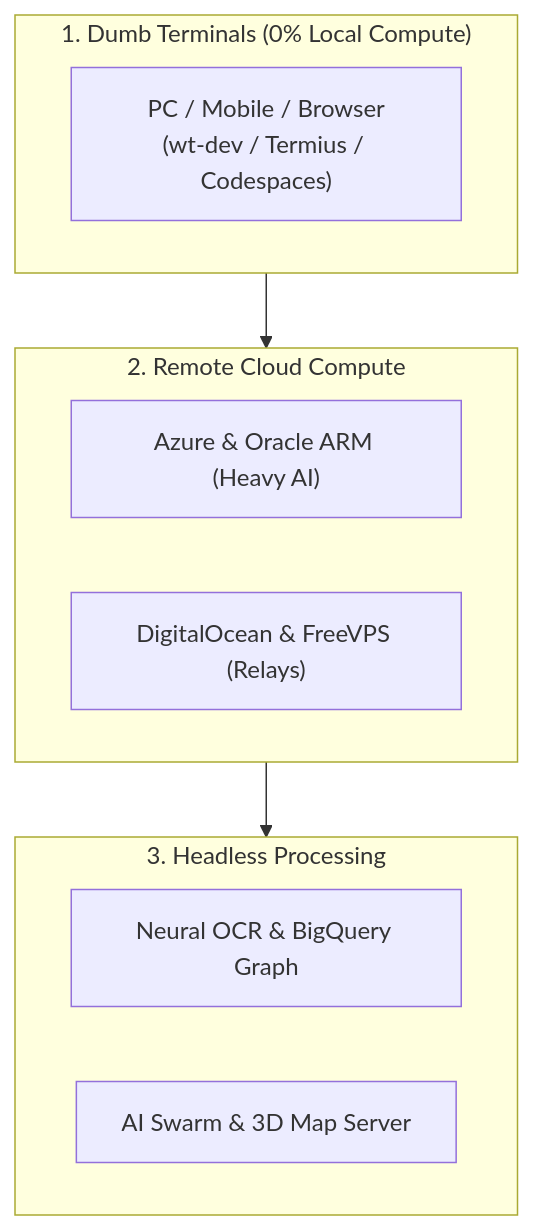
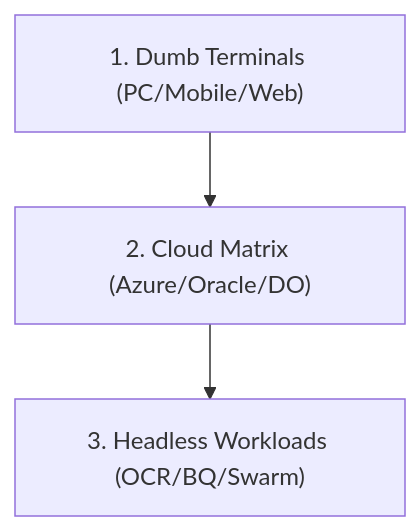
The diagram in tasks/plan.md (Tonypost949/OsintNeoAi), drawn with Mermaid before and after one commit.

Commit message:
docs: streamline plan diagram to ultra-compact linear flow

````diff
--- a/tasks/plan.md
+++ b/tasks/plan.md
@@ -10,15 +10,7 @@
 ```mermaid
 flowchart TD
-    subgraph S1 ["1. Dumb Terminals (0% Local Compute)"]
-        T1["PC / Mobile / Browser<br/>(wt-dev / Termius / Codespaces)"]
-    end
-    subgraph S2 ["2. Remote Cloud Compute"]
-        C1["Azure & Oracle ARM (Heavy AI)"]
-        C2["DigitalOcean & FreeVPS (Relays)"]
-    end
-    subgraph S3 ["3. Headless Processing"]
-        W1["Neural OCR & BigQuery Graph"]
-        W2["AI Swarm & 3D Map Server"]
-    end
-    S1 --> S2 --> S3
+    A["1. Dumb Terminals (PC/Mobile/Web)"]
+    B["2. Cloud Matrix (Azure/Oracle/DO)"]
+    C["3. Headless Workloads (OCR/BQ/Swarm)"]
+    A --> B --> C
 ```
````
